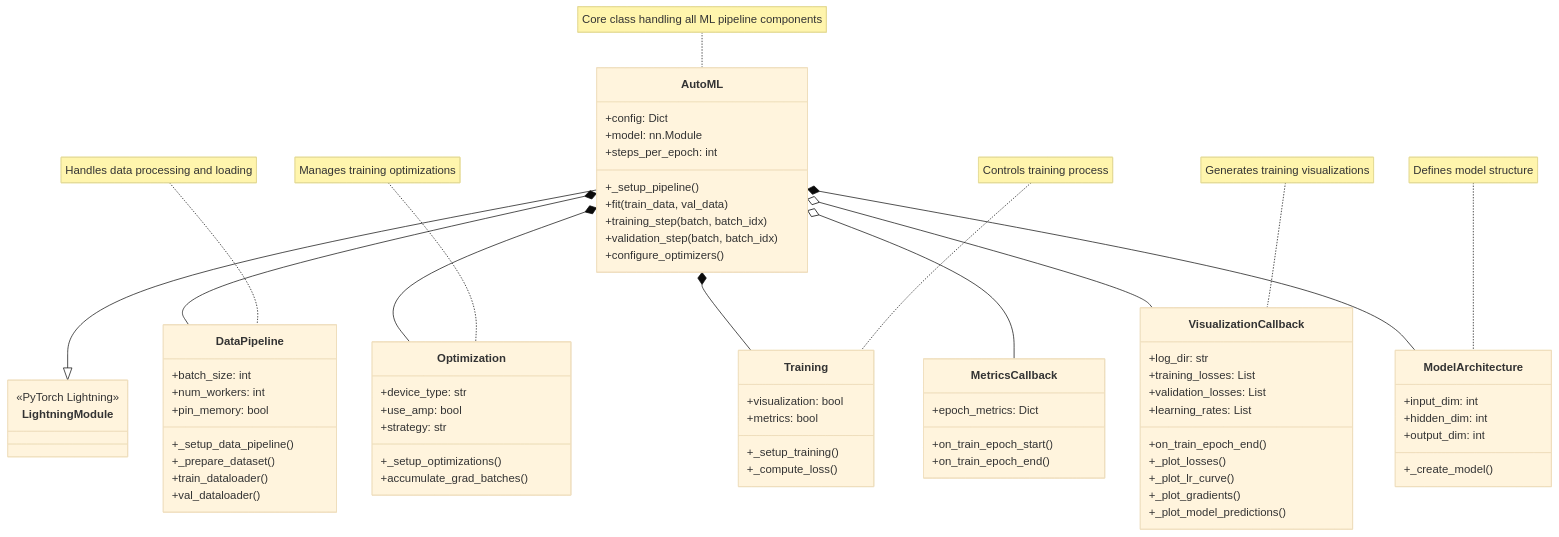
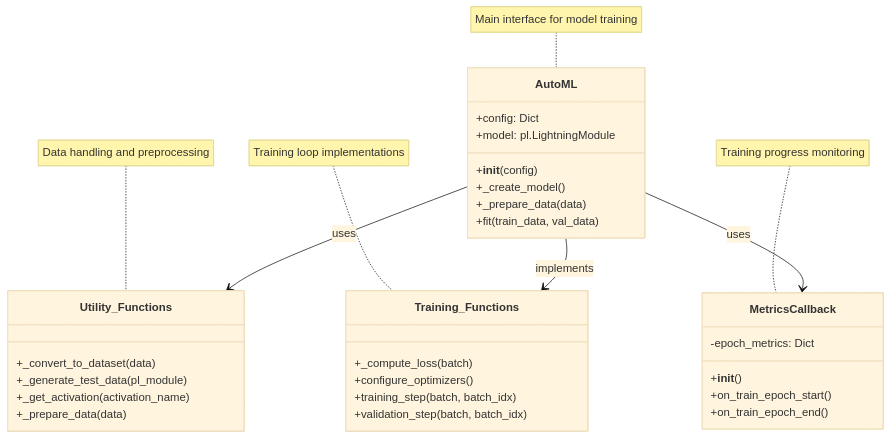
One commit to DarkStarStrix/Auto_Api changed the seventh of 8 diagrams in Writerside/topics/starter-topic.md. Above: the diagram before and after it, drawn with Mermaid (base theme). The commit also changed other lines of this file and 73 other files, not shown here.

````diff
--- a/Writerside/topics/starter-topic.md
+++ b/Writerside/topics/starter-topic.md
@@ -345,82 +1004,41 @@
 ```mermaid
 classDiagram
     class AutoML {
         +config: Dict
-        +model: nn.Module
-        +steps_per_epoch: int
-        +_setup_pipeline()
+        +model: pl.LightningModule
+        +__init__(config)
+        +_create_model()
+        +_prepare_data(data)
         +fit(train_data, val_data)
+    }
+
+    class Utility_Functions {
+        +_convert_to_dataset(data)
+        +_generate_test_data(pl_module)
+        +_get_activation(activation_name)
+        +_prepare_data(data)
+    }
+
+    class Training_Functions {
+        +_compute_loss(batch)
+        +configure_optimizers()
         +training_step(batch, batch_idx)
         +validation_step(batch, batch_idx)
-        +configure_optimizers()
-    }
-
-    class LightningModule {
-        <<PyTorch Lightning>>
-    }
-
-    class DataPipeline {
-        +batch_size: int
-        +num_workers: int
-        +pin_memory: bool
-        +_setup_data_pipeline()
-        +_prepare_dataset()
-        +train_dataloader()
-        +val_dataloader()
-    }
-
-    class Optimization {
-        +device_type: str
-        +use_amp: bool
-        +strategy: str
-        +_setup_optimizations()
-        +accumulate_grad_batches()
-    }
-
-    class Training {
-        +visualization: bool
-        +metrics: bool
-        +_setup_training()
-        +_compute_loss()
-    }
-
-    class VisualizationCallback {
-        +log_dir: str
-        +training_losses: List
-        +validation_losses: List
-        +learning_rates: List
-        +on_train_epoch_end()
-        +_plot_losses()
-        +_plot_lr_curve()
-        +_plot_gradients()
-        +_plot_model_predictions()
     }
 
     class MetricsCallback {
-        +epoch_metrics: Dict
+        -epoch_metrics: Dict
+        +__init__()
         +on_train_epoch_start()
         +on_train_epoch_end()
     }
 
-    class ModelArchitecture {
-        +input_dim: int
-        +hidden_dim: int
-        +output_dim: int
-        +_create_model()
-    }
+    AutoML --> Utility_Functions: uses
+    AutoML --> Training_Functions: implements
+    AutoML --> MetricsCallback: uses
 
-    AutoML --|> LightningModule
-    AutoML *-- DataPipeline
-    AutoML *-- Optimization
-    AutoML *-- Training
-    AutoML *-- ModelArchitecture
-    AutoML o-- VisualizationCallback
-    AutoML o-- MetricsCallback
-
-    note for AutoML "Core class handling all ML pipeline components"
-    note for DataPipeline "Handles data processing and loading"
-    note for Optimization "Manages training optimizations"
-    note for Training "Controls training process"
-    note for VisualizationCallback "Generates training visualizations"
-    note for ModelArchitecture "Defines model structure"
+    note for AutoML "Main interface for model training"
+    note for Utility_Functions "Data handling and preprocessing"
+    note for Training_Functions "Training loop implementations"
+    note for MetricsCallback "Training progress monitoring"
 ```
````
